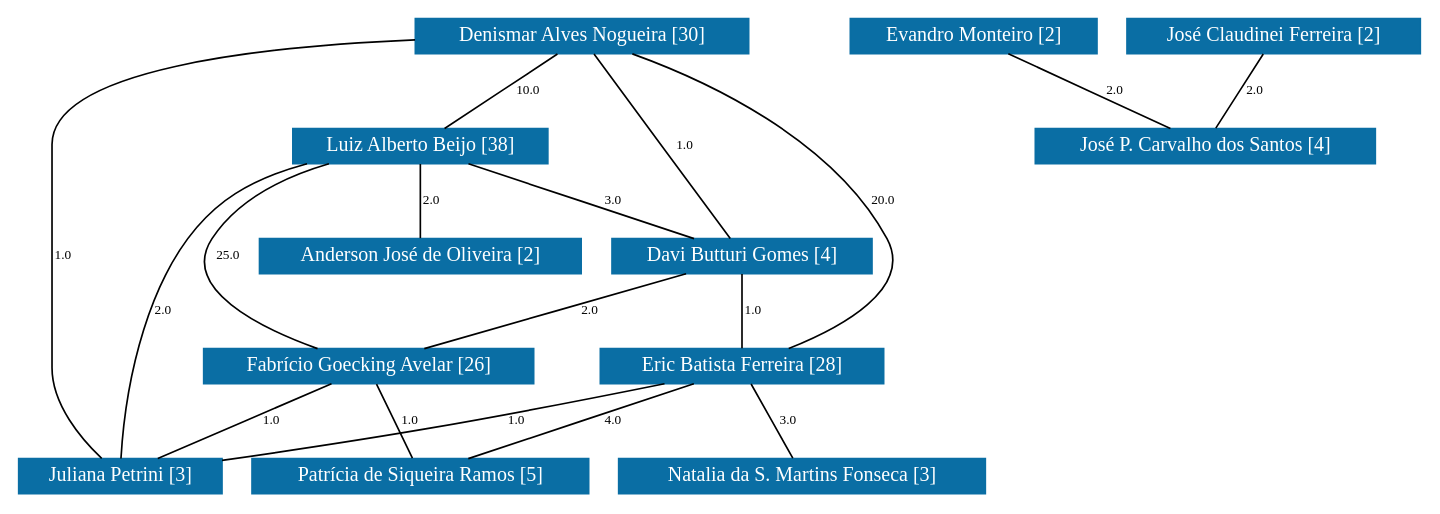
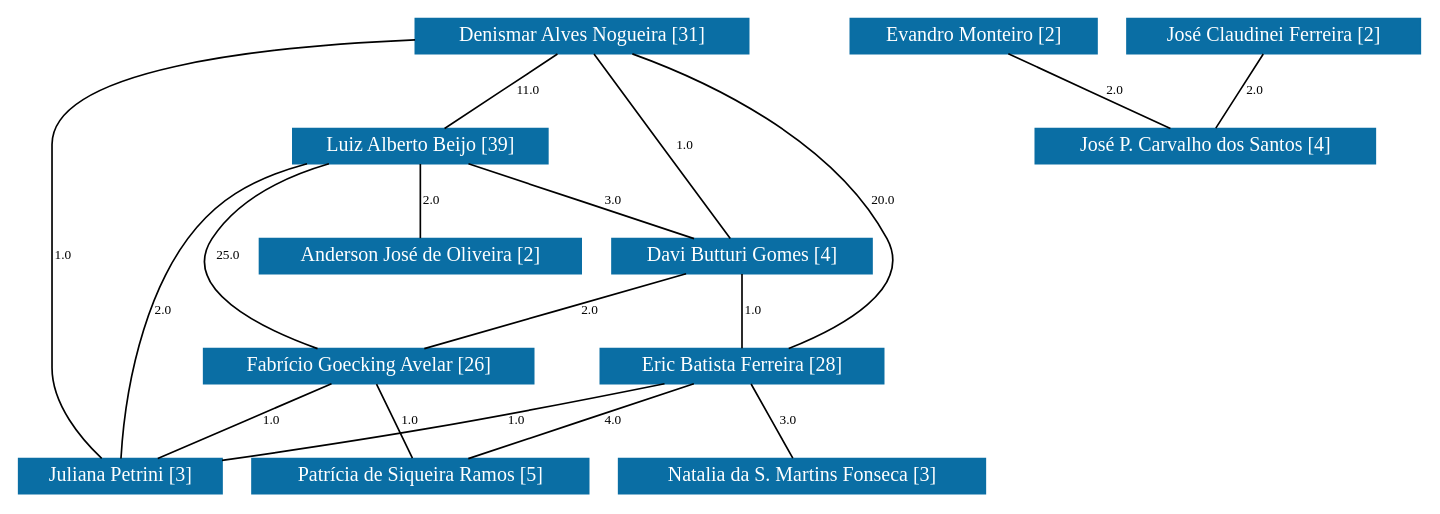
The diagram in PPGEAB/grafoDeColaboracoesComPesos.dot (icamps/unifal-lattes.github.io), drawn with Graphviz before and after one commit. The commit also changed 878 other files, not shown here.

```diff
--- a/PPGEAB/grafoDeColaboracoesComPesos.dot
+++ b/PPGEAB/grafoDeColaboracoesComPesos.dot
@@ -1,163 +1,163 @@
 strict graph grafo2 {
 	graph [bb="0,0,765,285",
 		id=grafo2,
 		overlap=False
 	];
 	node [fontsize=12,
 		label="\N",
 		shape=rectangle,
 		style=filled
 	];
 	0	 [URL="membro-3858924778362309.html",
 		color="#0A6EA4",
 		fontcolor="#FFFFFF",
 		height=0.29167,
-		label="Denismar Alves Nogueira [30]",
+		label="Denismar Alves Nogueira [31]",
 		pos="320.5,274.5",
 		width=2.2361];
 	1	 [URL="membro-8194104388434526.html",
 		color="#0A6EA4",
 		fontcolor="#FFFFFF",
 		height=0.29167,
-		label="Luiz Alberto Beijo [38]",
+		label="Luiz Alberto Beijo [39]",
 		pos="207.5,208.5",
 		width=1.7778];
 	0 -- 1	 [fontsize=8,
-		label=10.0,
-		lp="278.5,241.5",
+		label=11.0,
+		lp="278,241.5",
 		pos="302.34,263.9 281.26,251.58 246.68,231.38 225.61,219.08"];
 	2	 [URL="membro-0326922176762825.html",
 		color="#0A6EA4",
 		fontcolor="#FFFFFF",
 		height=0.29167,
 		label="Davi Butturi Gomes [4]",
 		pos="369.5,142.5",
 		width=1.8056];
 	0 -- 2	 [fontsize=8,
 		label=1.0,
 		lp="353.5,208.5",
 		pos="324.51,263.7 333.74,238.82 356.42,177.74 365.57,153.08"];
 	3	 [URL="membro-9965398009651936.html",
 		color="#0A6EA4",
 		fontcolor="#FFFFFF",
 		height=0.29167,
 		label="Eric Batista Ferreira [28]",
 		pos="369.5,76.5",
 		width=1.8889];
 	0 -- 3	 [fontsize=8,
 		label=20.0,
 		lp="441.5,175.5",
 		pos="338.23,263.77 366.8,245.31 421.98,204.51 443.5,153 455.54,124.19 419.43,100.08 393.5,87.017"];
 	5	 [URL="membro-9510541669291293.html",
 		color="#0A6EA4",
 		fontcolor="#FFFFFF",
 		height=0.29167,
 		label="Juliana Petrini [3]",
 		pos="50.5,10.5",
 		width=1.4028];
 	0 -- 5	 [fontsize=8,
 		label=1.0,
 		lp="17.5,142.5",
 		pos="239.98,265.08 148.72,253.28 12.5,231.78 12.5,208.5 12.5,208.5 12.5,208.5 12.5,76.5 12.5,54.552 28.478,33.317 39.712,21.098"];
 	1 -- 2	 [fontsize=8,
 		label=3.0,
 		lp="303.5,175.5",
 		pos="233.53,197.9 263.76,185.58 313.33,165.38 343.54,153.08"];
 	1 -- 5	 [fontsize=8,
 		label=2.0,
 		lp="76.5,109.5",
 		pos="154.31,197.9 141.47,193.72 128.34,187.94 117.5,180 63.891,140.74 53.149,51.831 51.02,21.148"];
 	4	 [URL="membro-6886514520601172.html",
 		color="#0A6EA4",
 		fontcolor="#FFFFFF",
 		height=0.29167,
 		label="Fabrício Goecking Avelar [26]",
 		pos="169.5,76.5",
 		width=2.2222];
 	1 -- 4	 [fontsize=8,
 		label=25.0,
 		lp="112.5,142.5",
 		pos="167.94,197.96 145.39,189.7 118.99,175.7 105.5,153 90.106,127.1 125.2,101.07 149.27,87.046"];
 	8	 [URL="membro-1349156075777095.html",
 		color="#0A6EA4",
 		fontcolor="#FFFFFF",
 		height=0.29167,
 		label="Anderson José de Oliveira [2]",
 		pos="207.5,142.5",
 		width=2.1944];
 	1 -- 8	 [fontsize=8,
 		label=2.0,
 		lp="212.5,175.5",
 		pos="207.5,197.9 207.5,185.65 207.5,165.62 207.5,153.3"];
 	2 -- 3	 [fontsize=8,
 		label=1.0,
 		lp="374.5,109.5",
 		pos="369.5,131.9 369.5,119.65 369.5,99.622 369.5,87.297"];
 	2 -- 4	 [fontsize=8,
 		label=2.0,
 		lp="286.5,109.5",
 		pos="337.37,131.9 300.04,119.58 238.84,99.383 201.55,87.078"];
 	3 -- 5	 [fontsize=8,
 		label=1.0,
 		lp="247.5,43.5",
 		pos="323.68,65.934 289.73,58.203 242.3,47.606 200.5,39 167.53,32.211 130.35,25.144 101.26,19.745"];
 	6	 [URL="membro-7184150832649950.html",
 		color="#0A6EA4",
 		fontcolor="#FFFFFF",
 		height=0.29167,
 		label="Patrícia de Siqueira Ramos [5]",
 		pos="199.5,10.5",
 		width=2.2361];
 	3 -- 6	 [fontsize=8,
 		label=4.0,
 		lp="300.5,43.5",
 		pos="342.19,65.896 310.46,53.58 258.44,33.383 226.75,21.078"];
 	7	 [URL="membro-3374954104030940.html",
 		color="#0A6EA4",
 		fontcolor="#FFFFFF",
 		height=0.29167,
 		label="Natalia da S. Martins Fonseca [3]",
 		pos="386.5,10.5",
 		width=2.4444];
 	3 -- 7	 [fontsize=8,
 		label=3.0,
 		lp="384.5,43.5",
 		pos="372.23,65.896 375.38,53.653 380.54,33.622 383.72,21.297"];
 	4 -- 5	 [fontsize=8,
 		label=1.0,
 		lp="122.5,43.5",
 		pos="150.38,65.896 128.17,53.58 91.758,33.383 69.572,21.078"];
 	4 -- 6	 [fontsize=8,
 		label=1.0,
 		lp="191.5,43.5",
 		pos="174.32,65.896 179.89,53.653 188.99,33.622 194.59,21.297"];
 	9	 [URL="membro-3089568911577519.html",
 		color="#0A6EA4",
 		fontcolor="#FFFFFF",
 		height=0.29167,
 		label="Evandro Monteiro [2]",
 		pos="543.5,274.5",
 		width=1.6667];
 	11	 [URL="membro-9393213180145144.html",
 		color="#0A6EA4",
 		fontcolor="#FFFFFF",
 		height=0.29167,
 		label="José P. Carvalho dos Santos [4]",
 		pos="633.5,208.5",
 		width=2.3056];
 	9 -- 11	 [fontsize=8,
 		label=2.0,
 		lp="599.5,241.5",
 		pos="557.96,263.9 574.76,251.58 602.3,231.38 619.08,219.08"];
 	10	 [URL="membro-6808752952332925.html",
 		color="#0A6EA4",
 		fontcolor="#FFFFFF",
 		height=0.29167,
 		label="José Claudinei Ferreira [2]",
 		pos="693.5,274.5",
 		width=1.9861];
 	10 -- 11	 [fontsize=8,
 		label=2.0,
 		lp="672.5,241.5",
 		pos="683.86,263.9 672.73,251.65 654.52,231.62 643.32,219.3"];
 }
```
